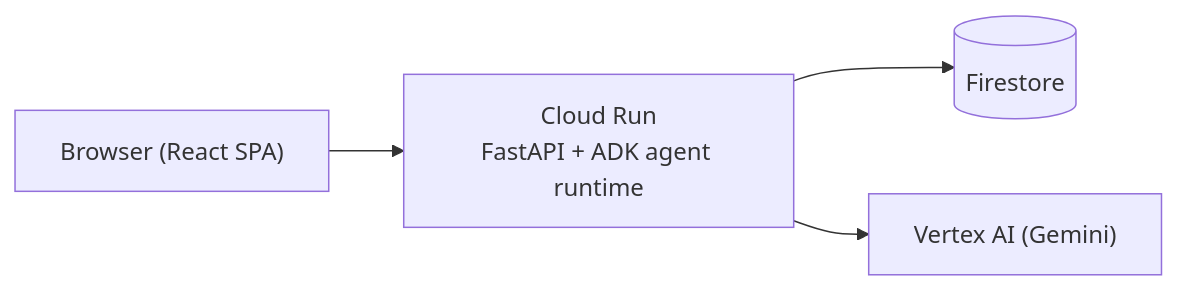
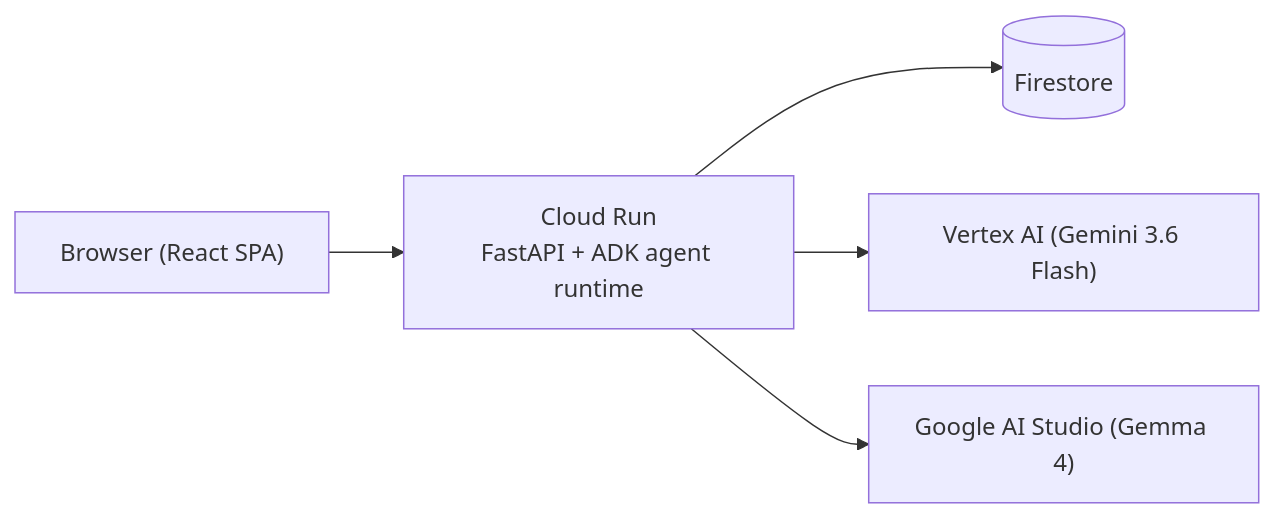
Before and after one commit to vlww/Collegentic: the diagram in README.md, drawn with Mermaid. The commit also changed other lines of this file and 1 other file, not shown here.

First line of the commit message:
Update architecture docs for the current pipeline shape and Gemma

````diff
--- a/README.md
+++ b/README.md
@@ -49,6 +59,7 @@
 ```mermaid
 flowchart LR
     Browser["Browser (React SPA)"] --> CloudRun["Cloud Run<br/>FastAPI + ADK agent runtime"]
     CloudRun --> Firestore[("Firestore")]
-    CloudRun --> Vertex["Vertex AI (Gemini)"]
+    CloudRun --> Vertex["Vertex AI (Gemini 3.6 Flash)"]
+    CloudRun --> AIStudio["Google AI Studio (Gemma 4)"]
 ```
````
